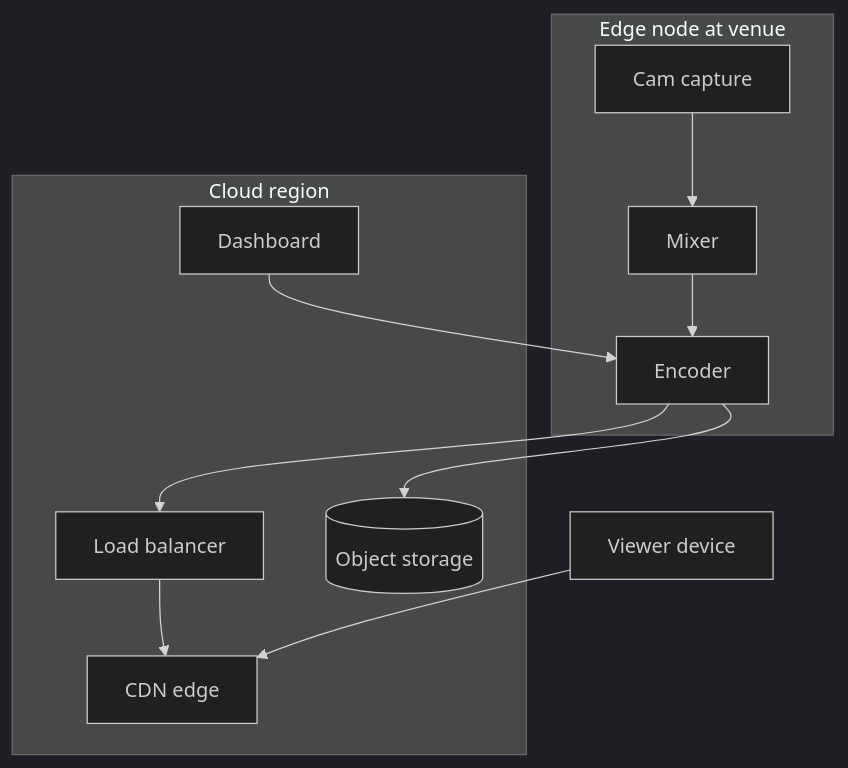
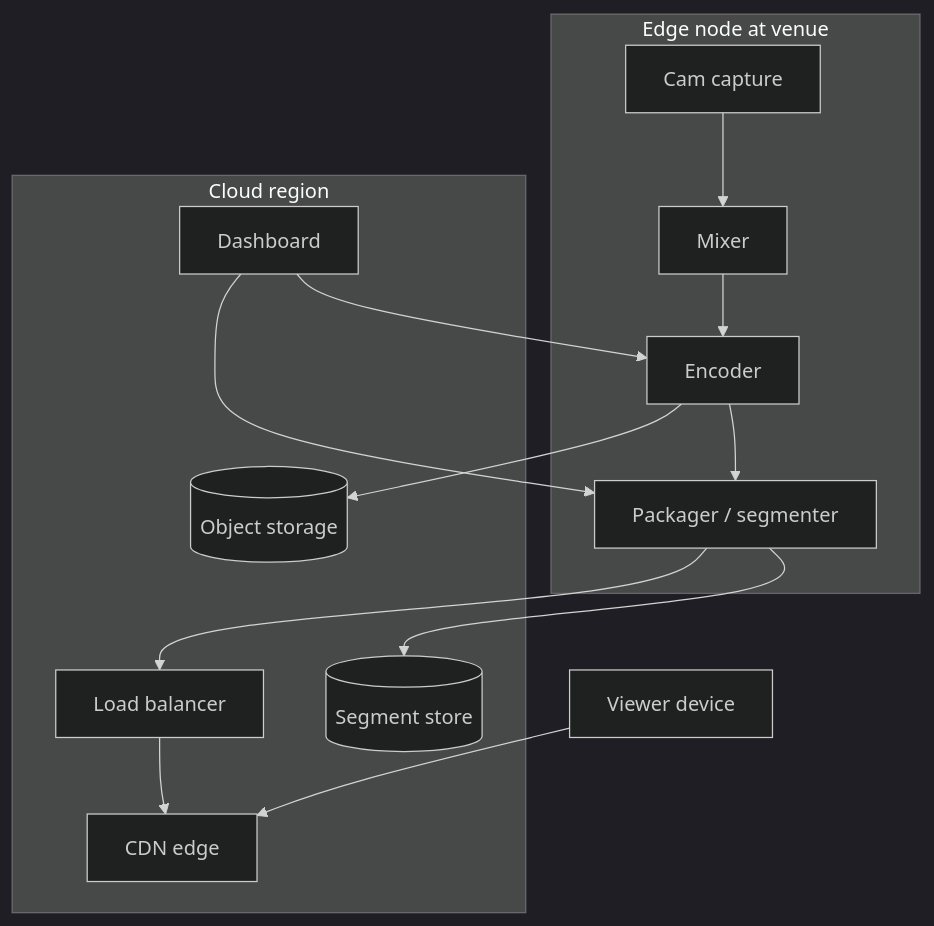
One commit to sxxx0913/mmss-lab changed the third of 3 diagrams in readme.md. Above: the diagram before and after it, drawn with Mermaid (dark theme). The commit also changed other lines of this file and 11 other files, not shown here.

First line of the commit message:
Restore the Mermaid sources and put the packaging stage into the views

````diff
--- a/readme.md
+++ b/readme.md
@@ -113,18 +119,22 @@
-  ```mermaid
+```mermaid
 graph TB
   subgraph Edge[Edge node at venue]
     C1[Cam capture]
     E1[Encoder]
     M1[Mixer]
+    P1[Packager / segmenter]
   end
   subgraph Cloud[Cloud region]
     LBn[Load balancer]
     CDNn[CDN edge]
     ST[(Object storage)]
+    SEGn[(Segment store)]
     DASH[Dashboard]
   end
-  C1 --> M1 --> E1 --> LBn --> CDNn
+  C1 --> M1 --> E1 --> P1 --> LBn --> CDNn
+  P1 --> SEGn
   E1 --> ST
   DASH --> E1
+  DASH --> P1
   CLIENT[Viewer device] --> CDNn
-   ```
+```
````
